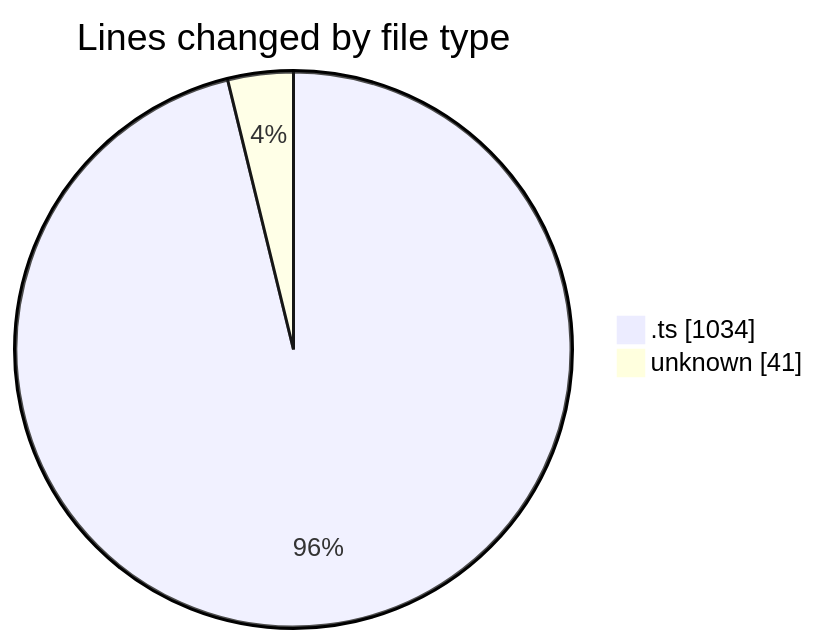
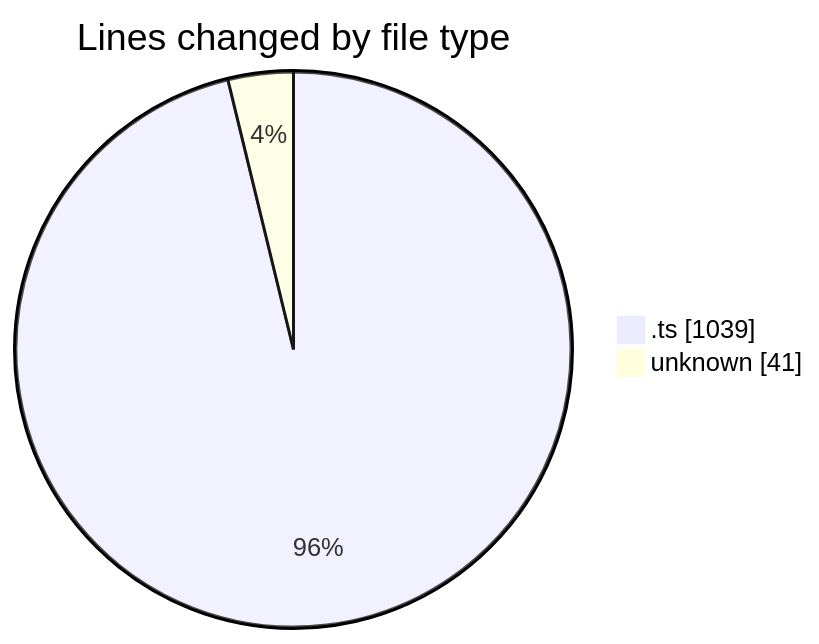
The first of 2 diagrams in 2025-08-18/cda/README.md (momahboobian/code-tracking), drawn with Mermaid before and after one commit. The commit also changed other lines of this file and 1 other file, not shown here.

````diff
--- a/2025-08-18/cda/README.md
+++ b/2025-08-18/cda/README.md
@@ -24,6 +24,6 @@
 ```mermaid
 pie showData
 title Lines changed by file type
-".ts" : 1034
+".ts" : 1039
 "unknown" : 41
 ```
````
